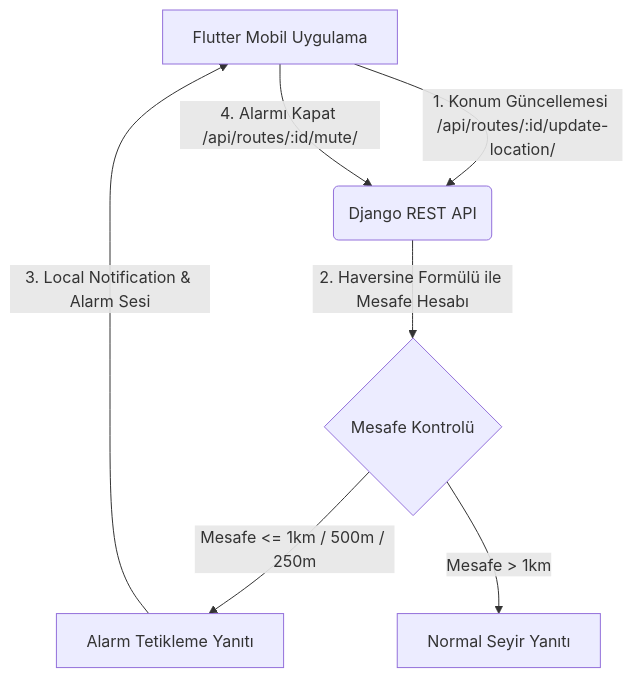
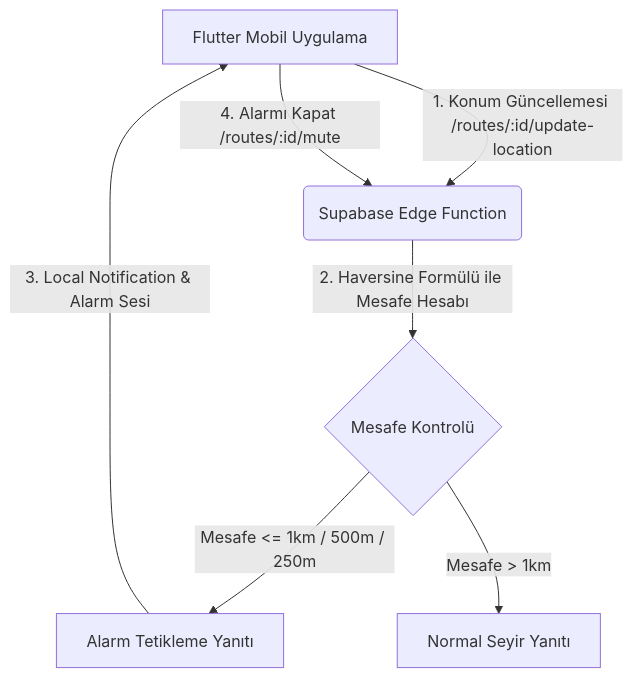
Before and after one commit to tyuksell/WakemeUp: the diagram in README.md, drawn with Mermaid. The commit also changed other lines of this file and 19 other files, not shown here.

First line of the commit message:
chore: remove Render/Django backend now that Supabase migration is verified

````diff
--- a/README.md
+++ b/README.md
@@ -30,9 +30,9 @@
 ```mermaid
 graph TD
-    A[Flutter Mobil Uygulama] -->|1. Konum Güncellemesi /api/routes/:id/update-location/| B(Django REST API)
+    A[Flutter Mobil Uygulama] -->|1. Konum Güncellemesi /routes/:id/update-location| B(Supabase Edge Function)
     B -->|2. Haversine Formülü ile Mesafe Hesabı| C{Mesafe Kontrolü}
     C -->|Mesafe <= 1km / 500m / 250m| D[Alarm Tetikleme Yanıtı]
     C -->|Mesafe > 1km| E[Normal Seyir Yanıtı]
     D -->|3. Local Notification & Alarm Sesi| A
-    A -->|4. Alarmı Kapat /api/routes/:id/mute/| B
+    A -->|4. Alarmı Kapat /routes/:id/mute| B
 ```
````
